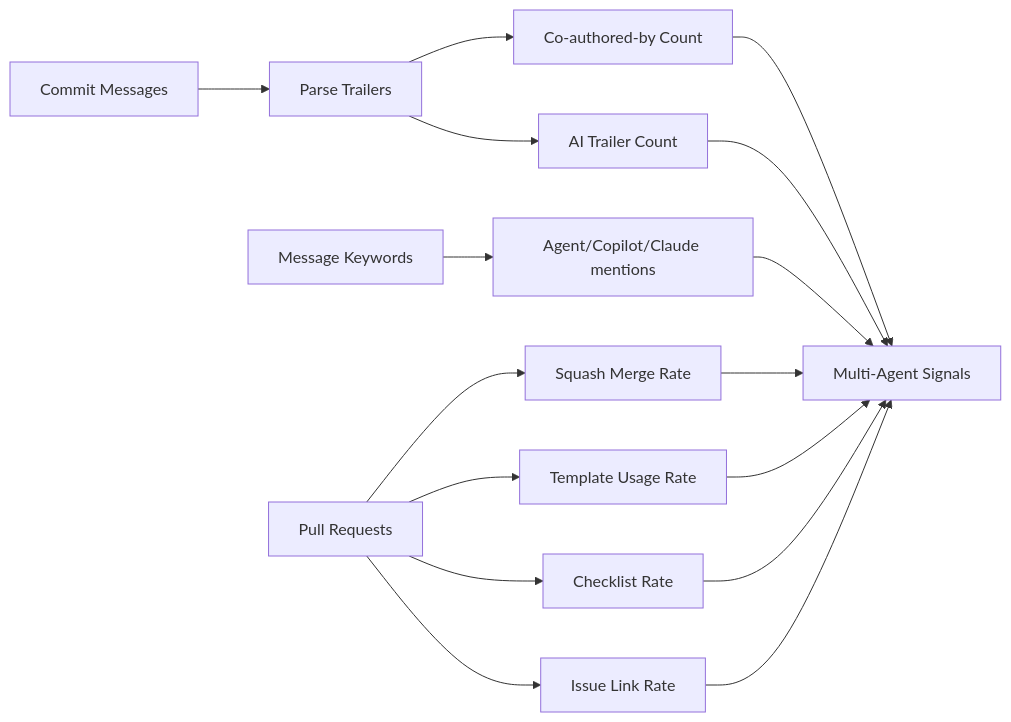
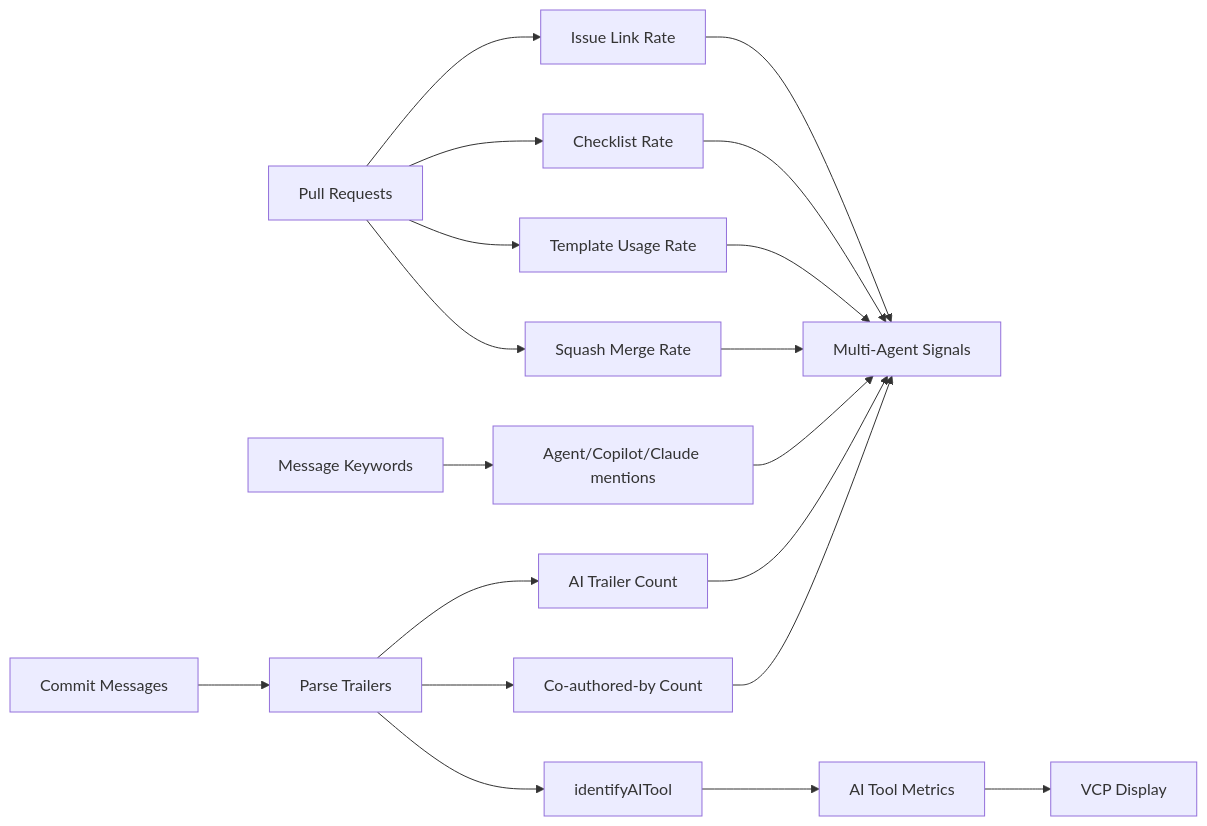
Before and after one commit to devakone/vibe-coding-profiler: the sixth of 9 diagrams in docs/architecture/vibed-analysis-pipeline.md, drawn with Mermaid. The commit also changed other lines of this file and 21 other files, not shown here.

First line of the commit message:
feat: add AI coding tool detection with per-tool metrics and VCP display

````diff
--- a/docs/architecture/vibed-analysis-pipeline.md
+++ b/docs/architecture/vibed-analysis-pipeline.md
@@ -565,21 +566,24 @@
 ```mermaid
 flowchart LR
     Commits[Commit Messages] --> Trailers[Parse Trailers]
     Trailers --> CoAuthor[Co-authored-by Count]
     Trailers --> AITrailer[AI Trailer Count]
-    
+    Trailers --> ToolID[identifyAITool]
+
     Messages[Message Keywords] --> AIKeywords[Agent/Copilot/Claude mentions]
-    
+
     PRs[Pull Requests] --> SquashRate[Squash Merge Rate]
     PRs --> TemplateRate[Template Usage Rate]
     PRs --> ChecklistRate[Checklist Rate]
     PRs --> IssueRate[Issue Link Rate]
-    
+
     CoAuthor --> Signals[Multi-Agent Signals]
     AITrailer --> Signals
     AIKeywords --> Signals
     SquashRate --> Signals
     TemplateRate --> Signals
     ChecklistRate --> Signals
     IssueRate --> Signals
+    ToolID --> ToolMetrics[AI Tool Metrics]
+    ToolMetrics --> VCP[VCP Display]
 ```
````
